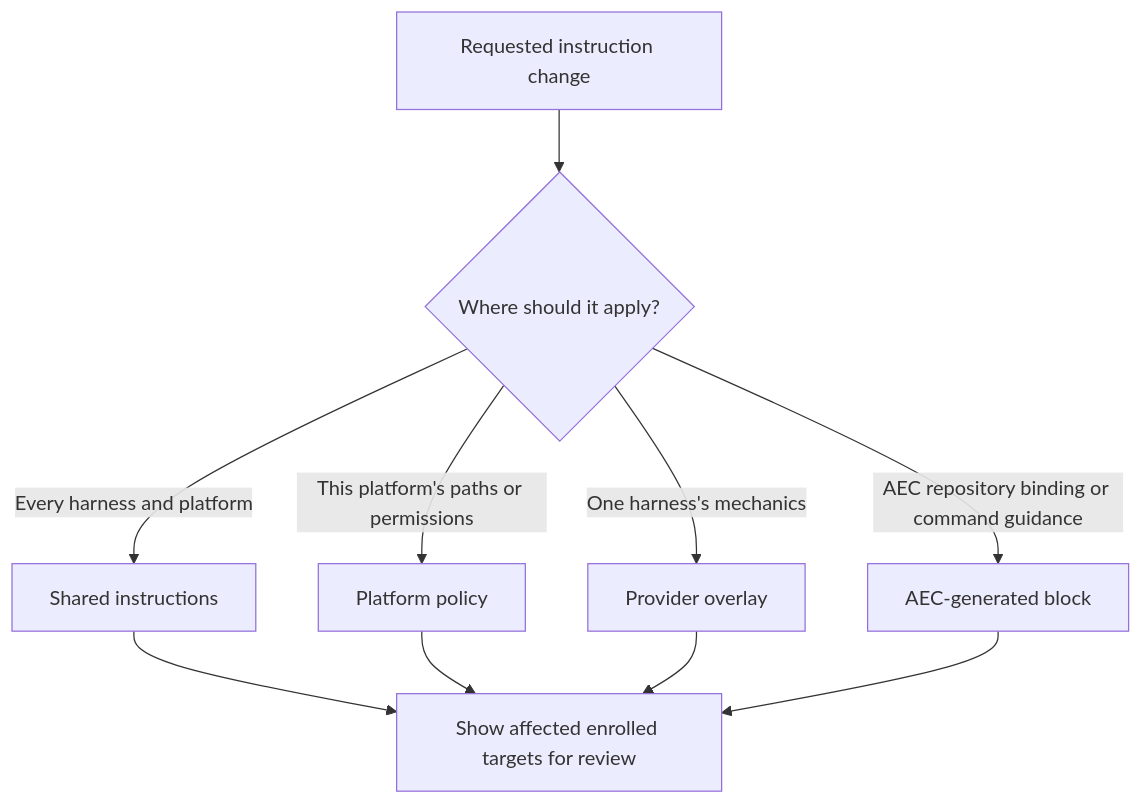
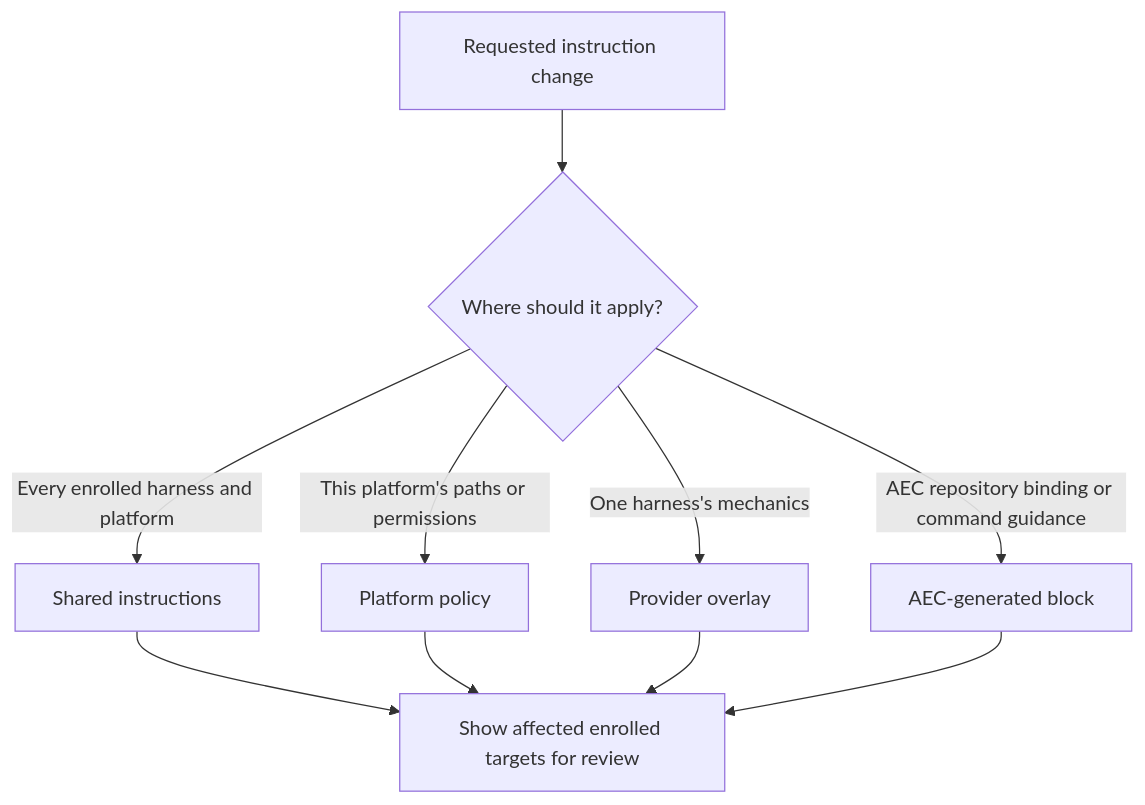
One commit to ferrywlto/ai-env-as-code changed the second of 6 diagrams in docs/shared-instructions-design.md. Above: the diagram before and after it, drawn with Mermaid. The commit also changed other lines of this file and 18 other files, not shown here.

````diff
--- a/docs/shared-instructions-design.md
+++ b/docs/shared-instructions-design.md
@@ -23,12 +23,12 @@
 ```mermaid
 flowchart TD
     Request[Requested instruction change] --> Scope{Where should it apply?}
-    Scope -->|Every harness and platform| Shared[Shared instructions]
+    Scope -->|Every enrolled harness and platform| Shared[Shared instructions]
     Scope -->|This platform's paths or permissions| Platform[Platform policy]
     Scope -->|One harness's mechanics| Provider[Provider overlay]
     Scope -->|AEC repository binding or command guidance| Control[AEC-generated block]
     Shared --> Review[Show affected enrolled targets for review]
     Platform --> Review
     Provider --> Review
     Control --> Review
 ```
````
